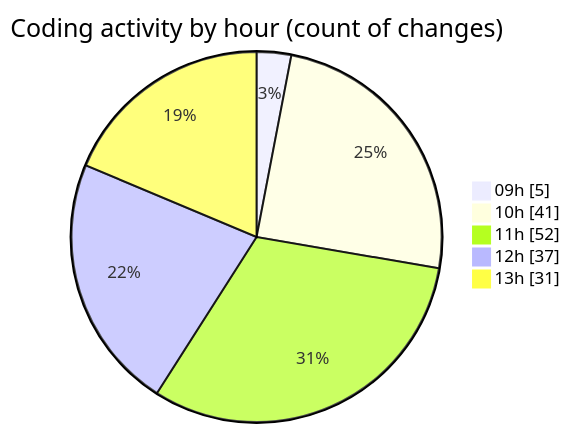
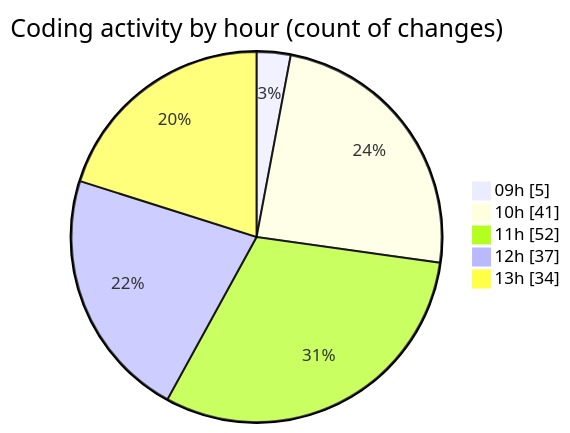
One commit to momahboobian/code-tracking changed the second of 2 diagrams in 2026-04-27/cda/README.md. Above: the diagram before and after it, drawn with Mermaid. The commit also changed other lines of this file and 1 other file, not shown here.

````diff
--- a/2026-04-27/cda/README.md
+++ b/2026-04-27/cda/README.md
@@ -56,9 +56,9 @@
 ```mermaid
 pie showData
 title Coding activity by hour (count of changes)
 "09h" : 5
 "10h" : 41
 "11h" : 52
 "12h" : 37
-"13h" : 31
+"13h" : 34
 ```
````
